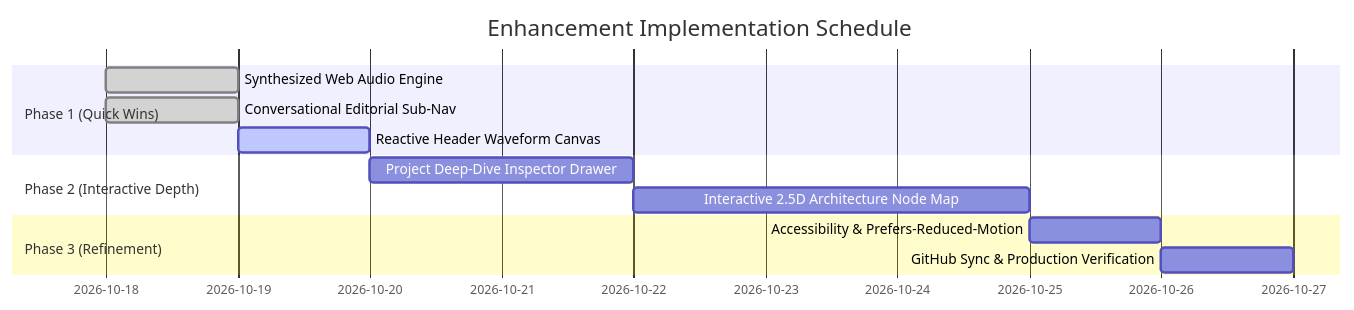
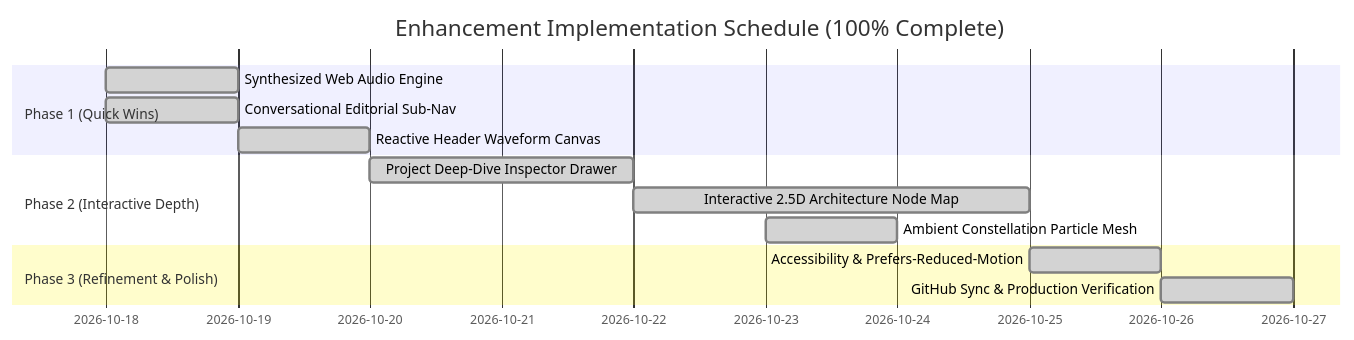
The diagram in proposal.md (itsmeawi/Portfolio), drawn with Mermaid before and after one commit. The commit also changed other lines of this file and 4 other files, not shown here.

Commit message:
feat: complete all phases (2.5D architecture map, deep-dive inspector drawer, ambient constellation mesh, and full documentation)

````diff
--- a/proposal.md
+++ b/proposal.md
@@ -170,15 +170,16 @@
 ```mermaid
 gantt
-    title Enhancement Implementation Schedule
+    title Enhancement Implementation Schedule (100% Complete)
     dateFormat  YYYY-MM-DD
     section Phase 1 (Quick Wins)
     Synthesized Web Audio Engine       :done, p1, 2026-10-18, 1d
     Conversational Editorial Sub-Nav   :done, p2, 2026-10-18, 1d
-    Reactive Header Waveform Canvas    :active, p3, 2026-10-19, 1d
+    Reactive Header Waveform Canvas    :done, p3, 2026-10-19, 1d
     section Phase 2 (Interactive Depth)
-    Project Deep-Dive Inspector Drawer :p4, 2026-10-20, 2d
-    Interactive 2.5D Architecture Node Map: p5, 2026-10-22, 3d
-    section Phase 3 (Refinement)
-    Accessibility & Prefers-Reduced-Motion :p6, 2026-10-25, 1d
-    GitHub Sync & Production Verification  :p7, 2026-10-26, 1d
+    Project Deep-Dive Inspector Drawer :done, p4, 2026-10-20, 2d
+    Interactive 2.5D Architecture Node Map: done, p5, 2026-10-22, 3d
+    Ambient Constellation Particle Mesh: done, p6, 2026-10-23, 1d
+    section Phase 3 (Refinement & Polish)
+    Accessibility & Prefers-Reduced-Motion :done, p7, 2026-10-25, 1d
+    GitHub Sync & Production Verification  :done, p8, 2026-10-26, 1d
 ```
````
